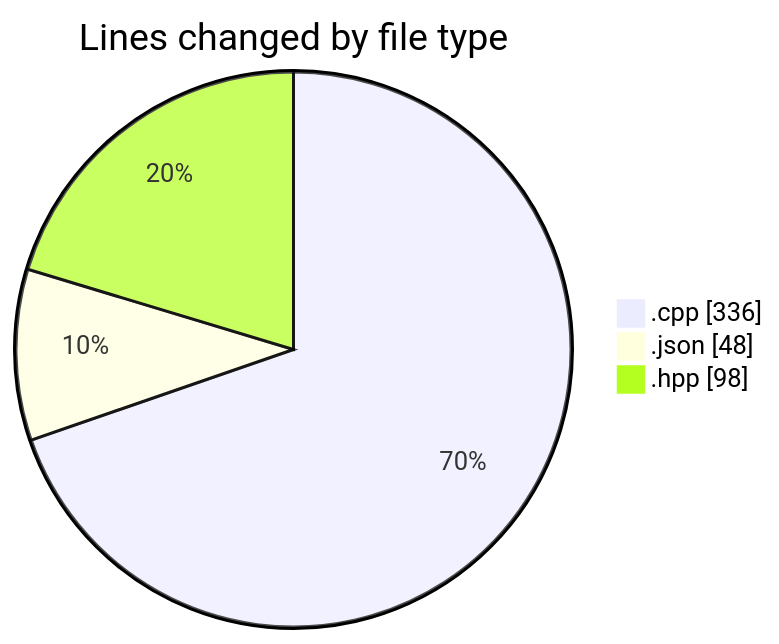
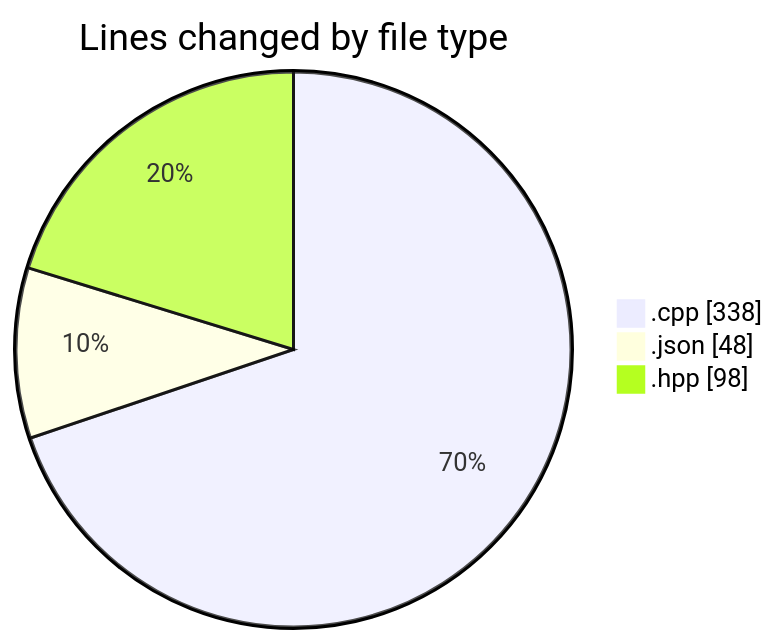
Before and after one commit to Netris89/code-tracking: the first of 2 diagrams in 2025-04-28/date/README.md, drawn with Mermaid. The commit also changed other lines of this file and 1 other file, not shown here.

````diff
--- a/2025-04-28/date/README.md
+++ b/2025-04-28/date/README.md
@@ -22,7 +22,7 @@
 ```mermaid
 pie showData
 title Lines changed by file type
-".cpp" : 336
+".cpp" : 338
 ".json" : 48
 ".hpp" : 98
 ```
````
